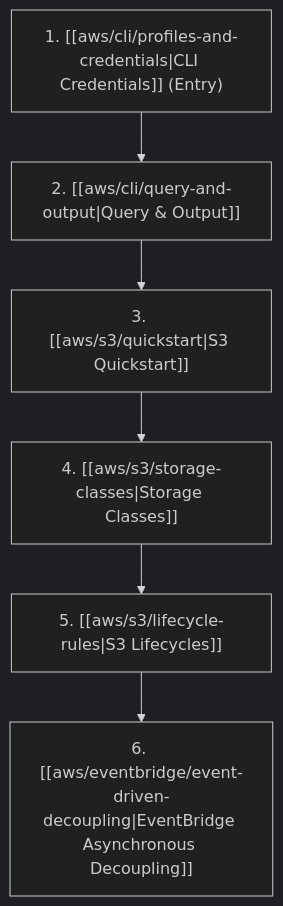
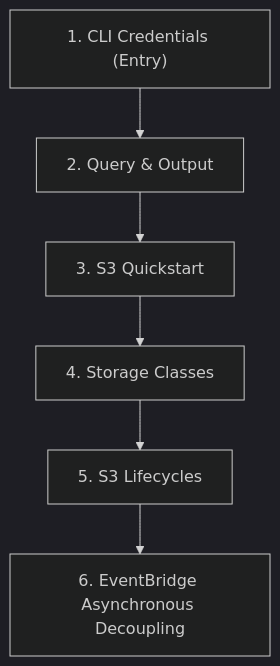
The diagram in sites/docs/src/content/docs/aws/index.mdx (LOsioChico/knowledge-base), drawn with Mermaid (dark theme) before and after one commit. The commit also changed other lines of this file and 32 other files, not shown here.

````diff
--- a/sites/docs/src/content/docs/aws/index.mdx
+++ b/sites/docs/src/content/docs/aws/index.mdx
@@ -23,8 +23,8 @@
 ```mermaid
 flowchart TD
-    CLI["1. [[aws/cli/profiles-and-credentials|CLI Credentials]] (Entry)"] --> QRY["2. [[aws/cli/query-and-output|Query & Output]]"]
-    QRY --> S3QS["3. [[aws/s3/quickstart|S3 Quickstart]]"]
-    S3QS --> S3SC["4. [[aws/s3/storage-classes|Storage Classes]]"]
-    S3SC --> S3LC["5. [[aws/s3/lifecycle-rules|S3 Lifecycles]]"]
-    S3LC --> EB["6. [[aws/eventbridge/event-driven-decoupling|EventBridge Asynchronous Decoupling]]"]
+    CLI["1. CLI Credentials (Entry)"] --> QRY["2. Query & Output"]
+    QRY --> S3QS["3. S3 Quickstart"]
+    S3QS --> S3SC["4. Storage Classes"]
+    S3SC --> S3LC["5. S3 Lifecycles"]
+    S3LC --> EB["6. EventBridge Asynchronous Decoupling"]
 ```
````
